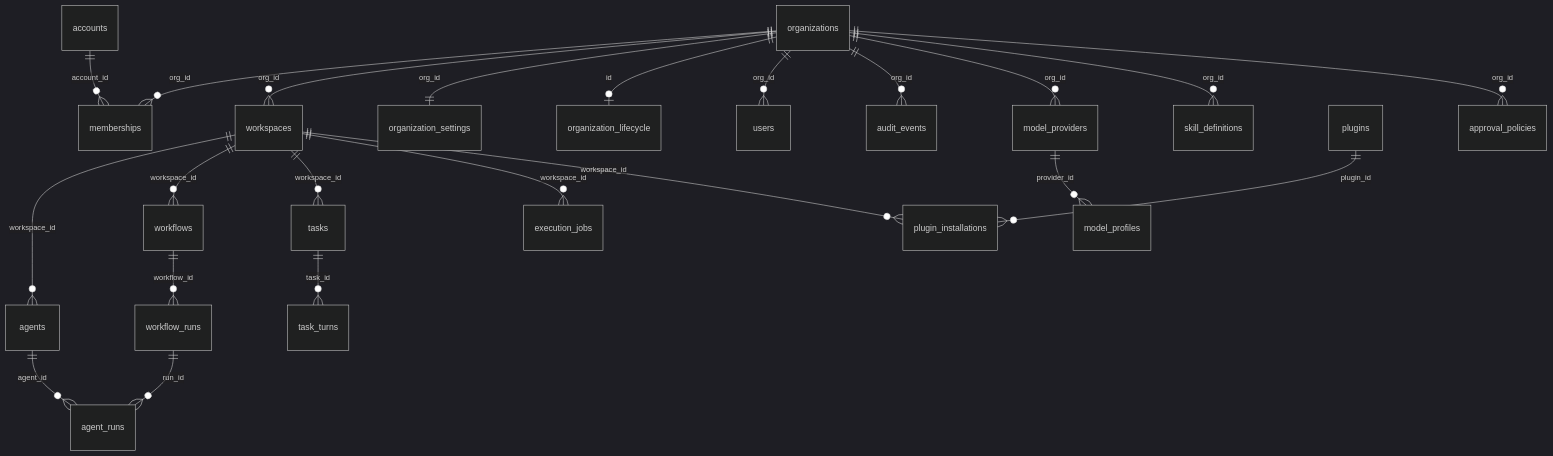
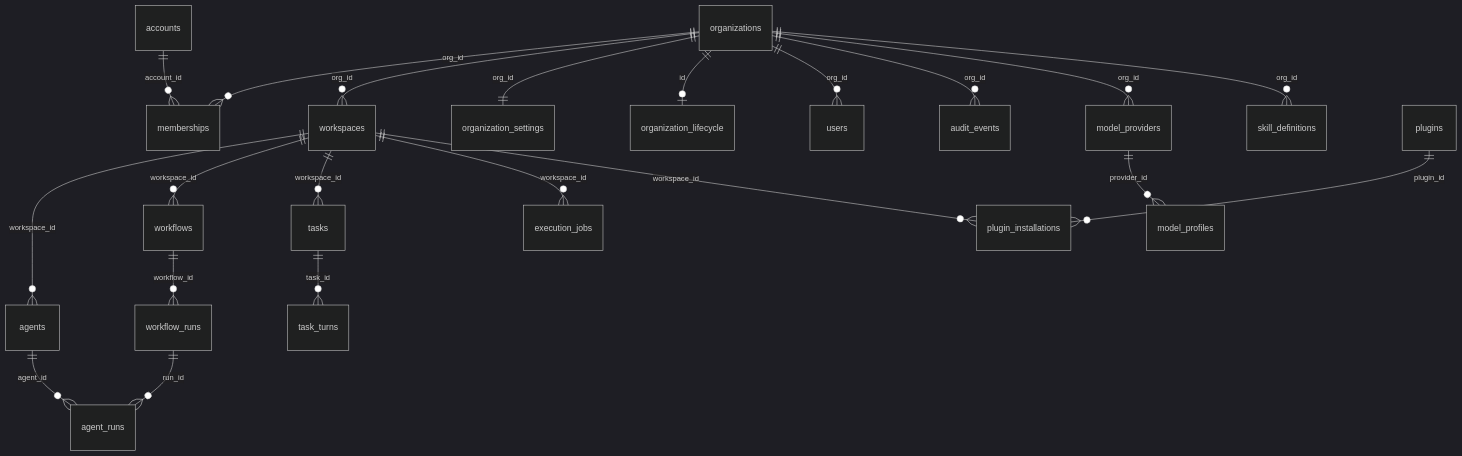
Before and after one commit to weavelabs-pvt-ltd/weaves: the first of 9 diagrams in docs/data-model/er-diagrams.md, drawn with Mermaid (dark theme). The commit also changed other lines of this file and 86 other files, not shown here.

````diff
--- a/docs/data-model/er-diagrams.md
+++ b/docs/data-model/er-diagrams.md
@@ -20,24 +20,23 @@
 ```mermaid
 erDiagram
     accounts ||--o{ memberships : "account_id"
     organizations ||--o{ memberships : "org_id"
     organizations ||--o{ workspaces : "org_id"
     organizations ||--|| organization_settings : "org_id"
     organizations ||--o| organization_lifecycle : "id"
     organizations ||--o{ users : "org_id"
     organizations ||--o{ audit_events : "org_id"
     workspaces ||--o{ agents : "workspace_id"
     workspaces ||--o{ workflows : "workspace_id"
     workspaces ||--o{ tasks : "workspace_id"
     workspaces ||--o{ execution_jobs : "workspace_id"
     workspaces ||--o{ plugin_installations : "workspace_id"
     workflows ||--o{ workflow_runs : "workflow_id"
     agents ||--o{ agent_runs : "agent_id"
     workflow_runs ||--o{ agent_runs : "run_id"
     tasks ||--o{ task_turns : "task_id"
     organizations ||--o{ model_providers : "org_id"
     model_providers ||--o{ model_profiles : "provider_id"
     organizations ||--o{ skill_definitions : "org_id"
     plugins ||--o{ plugin_installations : "plugin_id"
-    organizations ||--o{ approval_policies : "org_id"
 ```
````
